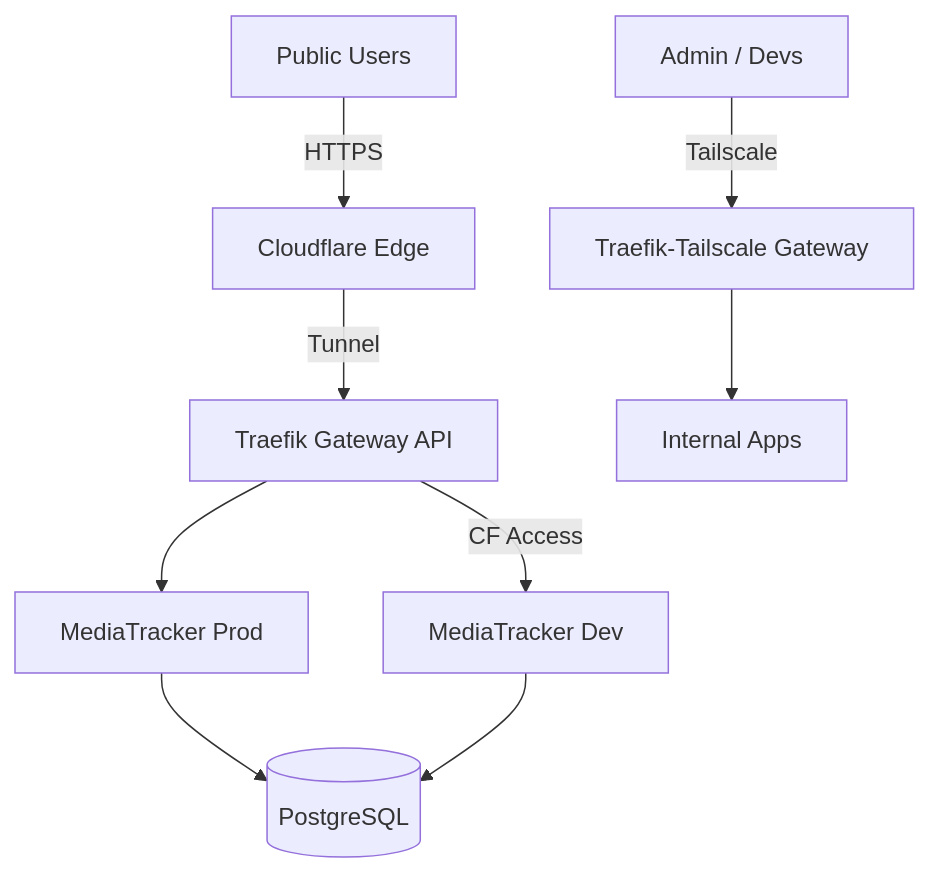
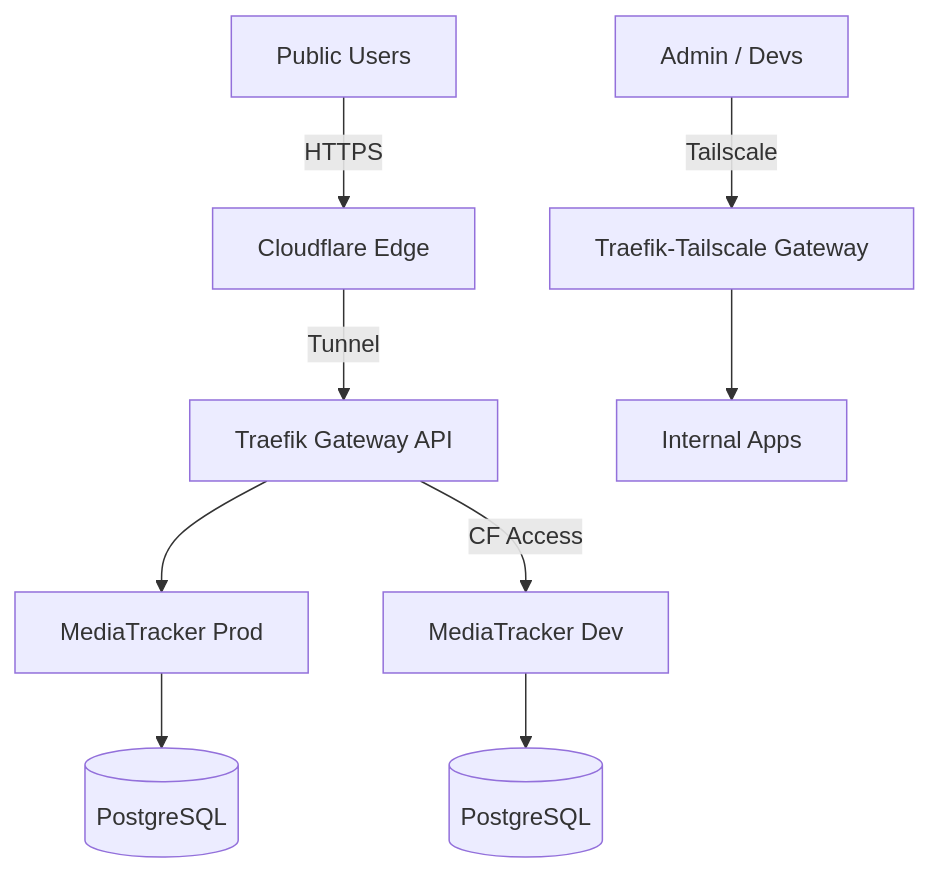
One commit to sock1000kg/Lab-sock changed the second of 2 diagrams in README.md. Above: the diagram before and after it, drawn with Mermaid. The commit also changed other lines of this file, not shown here.

````diff
--- a/README.md
+++ b/README.md
@@ -91,36 +57,37 @@
 ```mermaid
 graph TD
 
     %% External actors
     Public[Public Users]
     Admin[Admin / Devs]
 
     %% Edge Layer
     CF[Cloudflare Edge]
 
     %% Ingress Layer
     Traefik[Traefik Gateway API]
     TraefikTS[Traefik-Tailscale Gateway]
 
     %% Applications
     MediaProd[MediaTracker Prod]
     MediaDev[MediaTracker Dev]
     InternalApps[Internal Apps]
 
     %% Data
-    DB[(PostgreSQL)]
+    DBDev[(PostgreSQL)]
+    DBProd[(PostgreSQL)]
 
     %% Public flow
     Public -->|HTTPS| CF
     CF -->|Tunnel| Traefik
     Traefik --> MediaProd
     Traefik -->|CF Access| MediaDev
 
     %% Admin flow
     Admin -->|Tailscale| TraefikTS
     TraefikTS --> InternalApps
 
     %% Data layer
-    MediaProd --> DB
-    MediaDev --> DB
+    MediaProd --> DBProd
+    MediaDev --> DBDev
 ```
````
